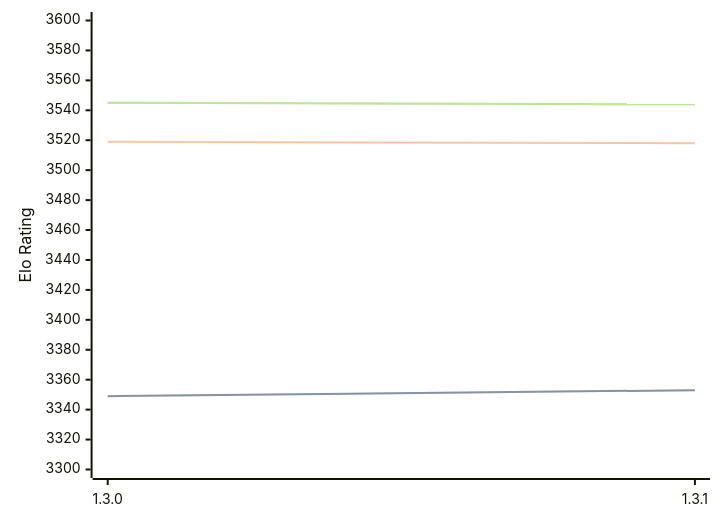
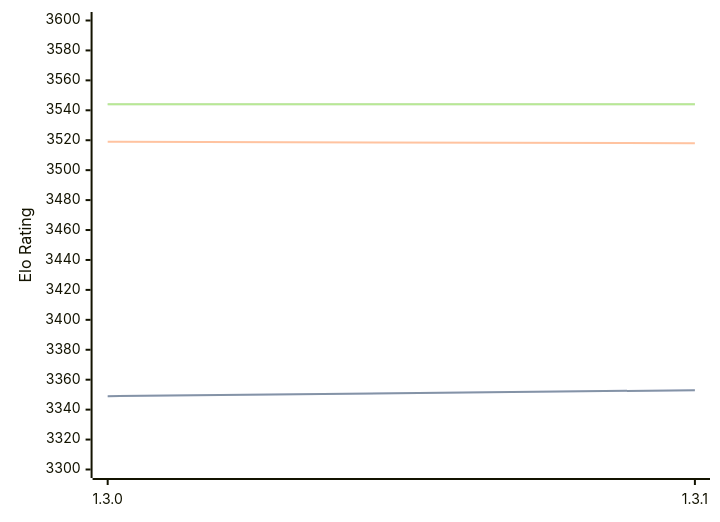
The diagram in engines/Renegade.md (computer-chess-index/cci), drawn with Mermaid before and after one commit. The commit also changed other lines of this file, not shown here.

Commit message:
Update CCI Ratings (ELO VLTC) - 2026-09-17

````diff
--- a/engines/Renegade.md
+++ b/engines/Renegade.md
@@ -33,11 +33,11 @@
 ```mermaid
 %%{init: {"theme":"base","themeVariables":{"seriesColors:['#a3a3a3','#222221','#faa371']}}}%%
 xychart-beta
   x-axis ["1.3.0", "1.3.1"]
   y-axis "Elo Rating" 3300 --> 3600
   line "" [3349, 3353]
   line "STC (8.0+0.08s)" [3349, 3353]
   line "LTC (60.0+0.60s)" [3519, 3518]
-  line "" [3545, 3544]
-  line "VLTC (2m24s+1.12s)" [3545, 3544]
+  line "" [3544, 3544]
+  line "VLTC (2m24s+1.12s)" [3544, 3544]
 ```
````
